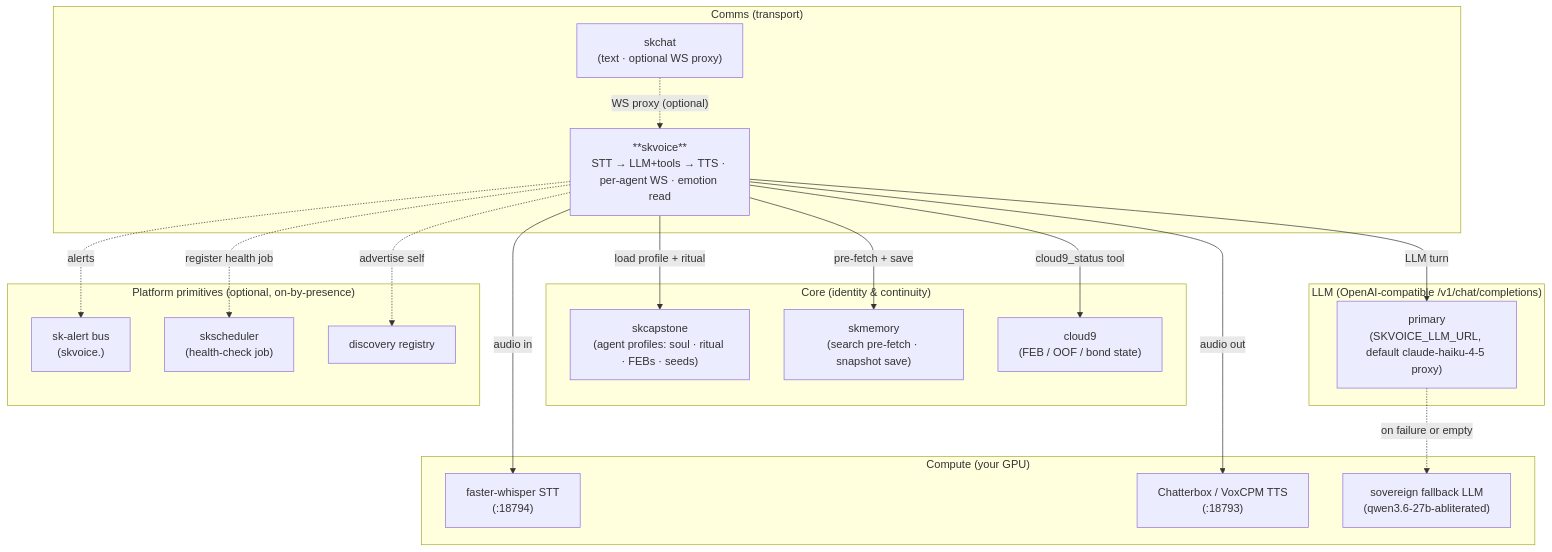
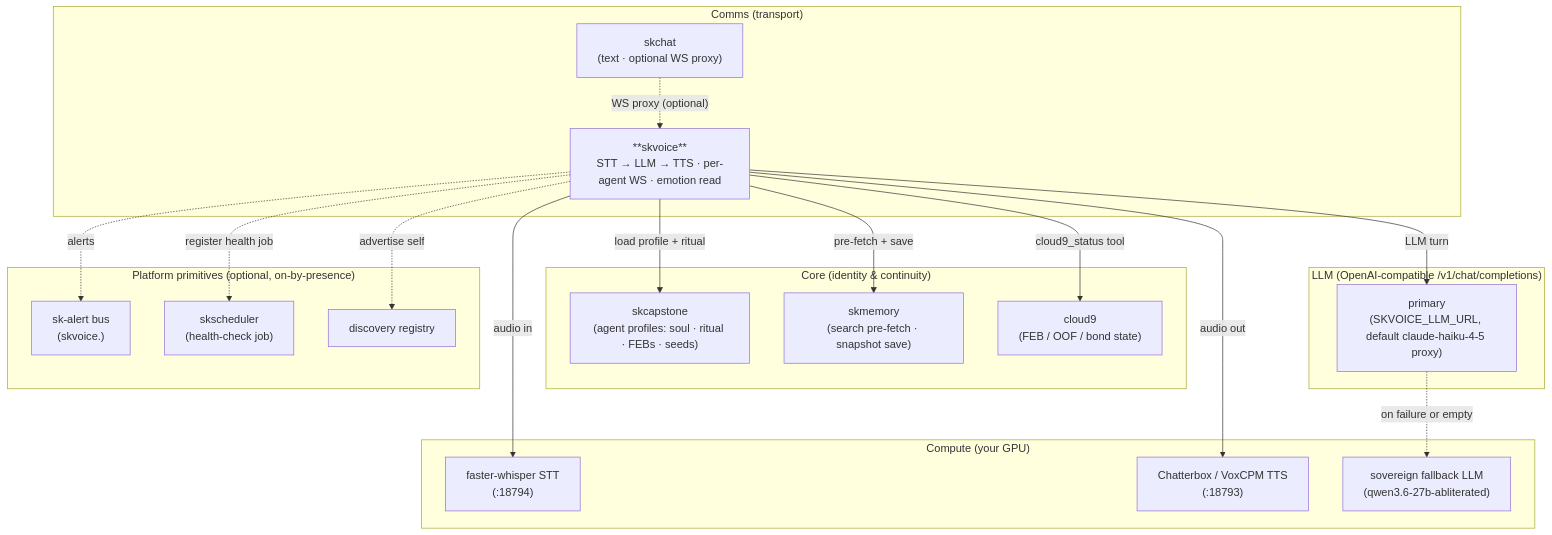
One commit to smilinTux/skvoice changed the second of 2 diagrams in README.md. Above: the diagram before and after it, drawn with Mermaid. The commit also changed other lines of this file and 11 other files, not shown here.

First line of the commit message:
fix(skvoice): add SKVOICE_HOST defaulting to loopback, delete dead tools.py

````diff
--- a/README.md
+++ b/README.md
@@ -47,37 +47,37 @@
 ```mermaid
 flowchart TD
     subgraph COMMS["Comms (transport)"]
-      SKVOICE["**skvoice**<br/>STT → LLM+tools → TTS · per-agent WS · emotion read"]
+      SKVOICE["**skvoice**<br/>STT → LLM → TTS · per-agent WS · emotion read"]
       SKCHAT["skchat<br/>(text · optional WS proxy)"]
     end
     subgraph CORE["Core (identity & continuity)"]
       SKCAP["skcapstone<br/>(agent profiles: soul · ritual · FEBs · seeds)"]
       SKMEM["skmemory<br/>(search pre-fetch · snapshot save)"]
       CLOUD9["cloud9<br/>(FEB / OOF / bond state)"]
     end
     subgraph COMPUTE["Compute (your GPU)"]
       STT["faster-whisper STT<br/>(:18794)"]
       TTS["Chatterbox / VoxCPM TTS<br/>(:18793)"]
       FALLBACK["sovereign fallback LLM<br/>(qwen3.6-27b-abliterated)"]
     end
     subgraph LLMTIER["LLM (OpenAI-compatible /v1/chat/completions)"]
       CLAUDE["primary<br/>(SKVOICE_LLM_URL, default claude-haiku-4-5 proxy)"]
     end
     subgraph PLATFORM["Platform primitives (optional, on-by-presence)"]
       ALERT["sk-alert bus<br/>(skvoice.<severity>)"]
       SCHED["skscheduler<br/>(health-check job)"]
       REG["discovery registry"]
     end
 
     SKVOICE -->|"audio in"| STT
     SKVOICE -->|"audio out"| TTS
     SKVOICE -->|"load profile + ritual"| SKCAP
     SKVOICE -->|"pre-fetch + save"| SKMEM
     SKVOICE -->|"cloud9_status tool"| CLOUD9
     SKVOICE -->|"LLM turn"| CLAUDE
     CLAUDE -.->|"on failure or empty"| FALLBACK
     SKCHAT -.->|"WS proxy (optional)"| SKVOICE
     SKVOICE -.->|"alerts"| ALERT
     SKVOICE -.->|"register health job"| SCHED
     SKVOICE -.->|"advertise self"| REG
 ```
````
